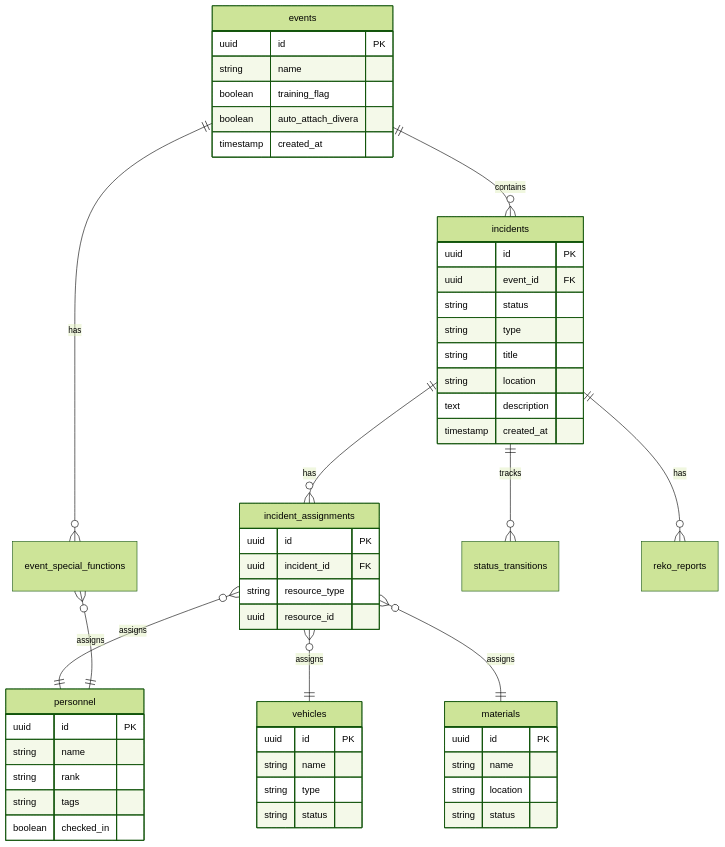
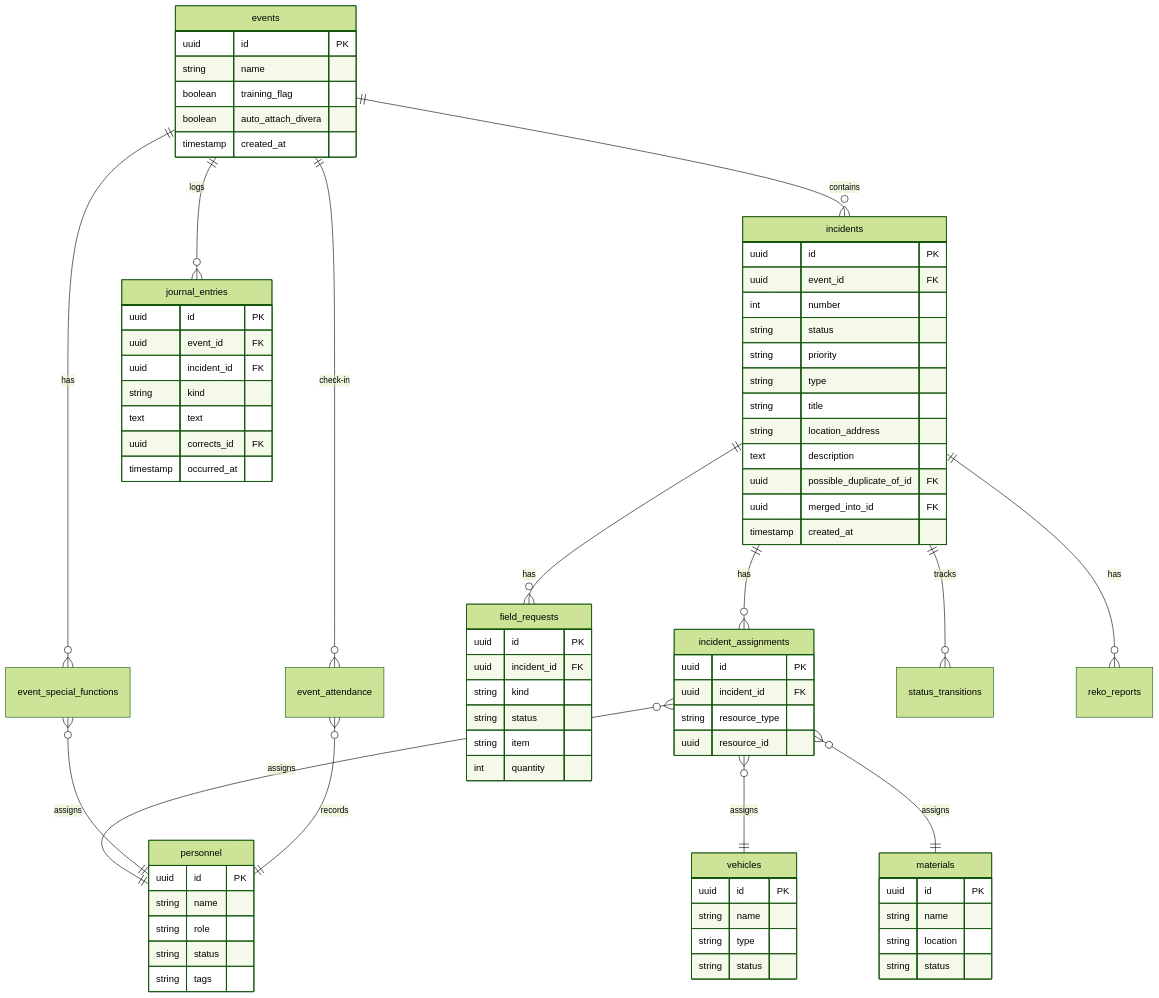
The second of 10 diagrams in docs/ARCHITECTURE.md (feuerwehr-oberwil/kp-rueck), drawn with Mermaid (forest theme) before and after one commit. The commit also changed other lines of this file and 32 other files, not shown here.

````diff
--- a/docs/ARCHITECTURE.md
+++ b/docs/ARCHITECTURE.md
@@ -108,55 +115,80 @@
 ```mermaid
 erDiagram
     events ||--o{ incidents : contains
     events ||--o{ event_special_functions : has
+    events ||--o{ event_attendance : "check-in"
+    events ||--o{ journal_entries : logs
+    incidents ||--o{ field_requests : has
     incidents ||--o{ incident_assignments : has
     incidents ||--o{ status_transitions : tracks
     incidents ||--o{ reko_reports : has
     incident_assignments }o--|| personnel : assigns
     incident_assignments }o--|| vehicles : assigns
     incident_assignments }o--|| materials : assigns
     event_special_functions }o--|| personnel : assigns
+    event_attendance }o--|| personnel : records
 
     events {
         uuid id PK
         string name
         boolean training_flag
         boolean auto_attach_divera
         timestamp created_at
     }
     incidents {
         uuid id PK
         uuid event_id FK
+        int number
         string status
+        string priority
         string type
         string title
-        string location
+        string location_address
         text description
+        uuid possible_duplicate_of_id FK
+        uuid merged_into_id FK
         timestamp created_at
     }
     personnel {
         uuid id PK
         string name
-        string rank
+        string role
+        string status
         string tags
-        boolean checked_in
     }
     vehicles {
         uuid id PK
         string name
         string type
         string status
     }
     materials {
         uuid id PK
         string name
         string location
         string status
     }
     incident_assignments {
         uuid id PK
         uuid incident_id FK
         string resource_type
         uuid resource_id
     }
+    journal_entries {
+        uuid id PK
+        uuid event_id FK
+        uuid incident_id FK
+        string kind
+        text text
+        uuid corrects_id FK
+        timestamp occurred_at
+    }
+    field_requests {
+        uuid id PK
+        uuid incident_id FK
+        string kind
+        string status
+        string item
+        int quantity
+    }
 ```
````
